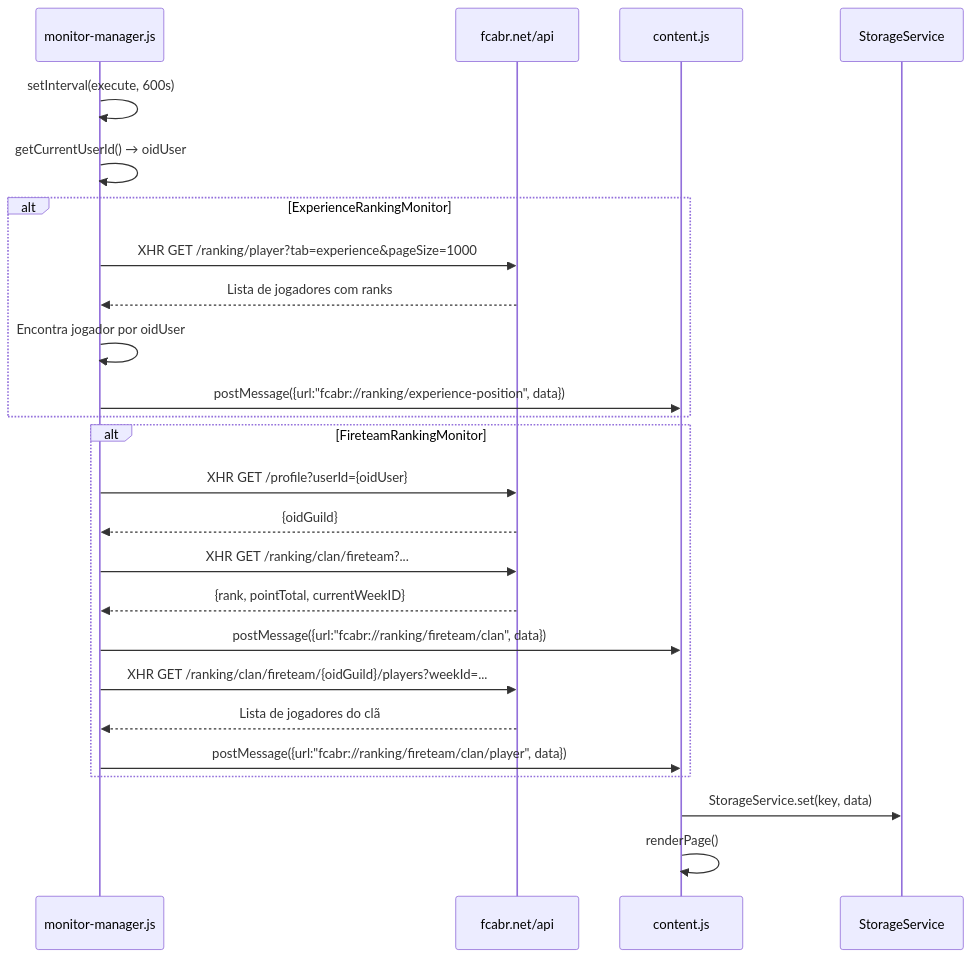
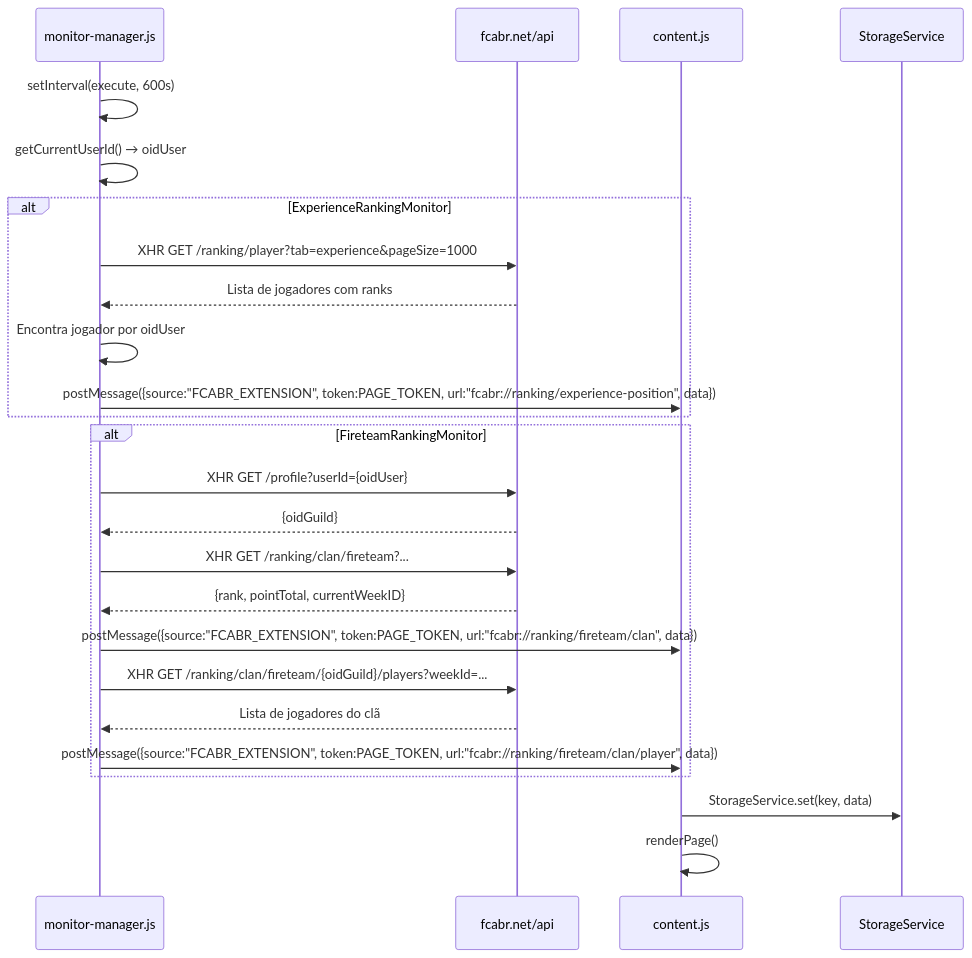
The third of 7 diagrams in documentation/FLOWS.md (rafaelandrade74/fcabr-booster), drawn with Mermaid before and after one commit. The commit also changed other lines of this file and 6 other files, not shown here.

First line of the commit message:
docs: atualizar documentação para postMessage token e webpack dev/prod

````diff
--- a/documentation/FLOWS.md
+++ b/documentation/FLOWS.md
@@ -58,31 +59,31 @@
 ```mermaid
 sequenceDiagram
     participant Monitor as monitor-manager.js
     participant API as fcabr.net/api
     participant Content as content.js
     participant Storage as StorageService
 
     Monitor->>Monitor: setInterval(execute, 600s)
     Monitor->>Monitor: getCurrentUserId() → oidUser
 
     alt ExperienceRankingMonitor
         Monitor->>API: XHR GET /ranking/player?tab=experience&pageSize=1000
         API-->>Monitor: Lista de jogadores com ranks
         Monitor->>Monitor: Encontra jogador por oidUser
-        Monitor->>Content: postMessage({url:"fcabr://ranking/experience-position", data})
+        Monitor->>Content: postMessage({source:"FCABR_EXTENSION", token:PAGE_TOKEN, url:"fcabr://ranking/experience-position", data})
     end
 
     alt FireteamRankingMonitor
         Monitor->>API: XHR GET /profile?userId={oidUser}
         API-->>Monitor: {oidGuild}
         Monitor->>API: XHR GET /ranking/clan/fireteam?...
         API-->>Monitor: {rank, pointTotal, currentWeekID}
-        Monitor->>Content: postMessage({url:"fcabr://ranking/fireteam/clan", data})
+        Monitor->>Content: postMessage({source:"FCABR_EXTENSION", token:PAGE_TOKEN, url:"fcabr://ranking/fireteam/clan", data})
         Monitor->>API: XHR GET /ranking/clan/fireteam/{oidGuild}/players?weekId=...
         API-->>Monitor: Lista de jogadores do clã
-        Monitor->>Content: postMessage({url:"fcabr://ranking/fireteam/clan/player", data})
+        Monitor->>Content: postMessage({source:"FCABR_EXTENSION", token:PAGE_TOKEN, url:"fcabr://ranking/fireteam/clan/player", data})
     end
 
     Content->>Storage: StorageService.set(key, data)
     Content->>Content: renderPage()
 ```
````
